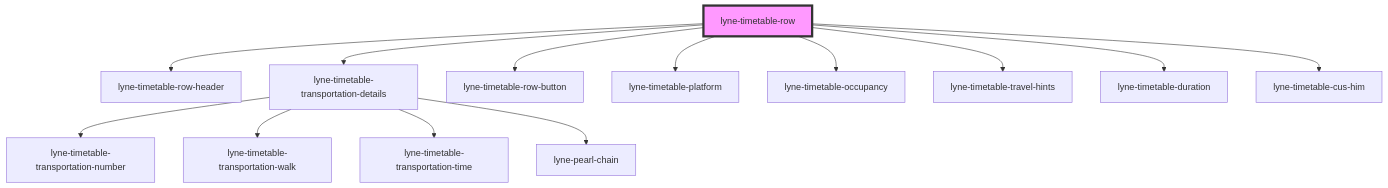
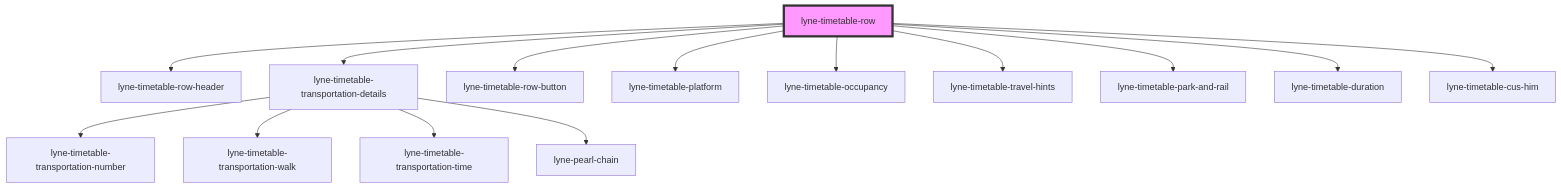
The diagram in src/components/lyne-timetable-row/readme.md (sbb-design-systems/lyne-components), drawn with Mermaid before and after one commit. The commit also changed other lines of this file and 20 other files, not shown here.

Commit message:
feat: adding lyne-timetable-park-and-ride module and fixing tests

````diff
--- a/src/components/lyne-timetable-row/readme.md
+++ b/src/components/lyne-timetable-row/readme.md
@@ -29,16 +30,17 @@
 ```mermaid
 graph TD;
   lyne-timetable-row --> lyne-timetable-row-header
   lyne-timetable-row --> lyne-timetable-transportation-details
   lyne-timetable-row --> lyne-timetable-row-button
   lyne-timetable-row --> lyne-timetable-platform
   lyne-timetable-row --> lyne-timetable-occupancy
   lyne-timetable-row --> lyne-timetable-travel-hints
+  lyne-timetable-row --> lyne-timetable-park-and-rail
   lyne-timetable-row --> lyne-timetable-duration
   lyne-timetable-row --> lyne-timetable-cus-him
   lyne-timetable-transportation-details --> lyne-timetable-transportation-number
   lyne-timetable-transportation-details --> lyne-timetable-transportation-walk
   lyne-timetable-transportation-details --> lyne-timetable-transportation-time
   lyne-timetable-transportation-details --> lyne-pearl-chain
   style lyne-timetable-row fill:#f9f,stroke:#333,stroke-width:4px
 ```
````
